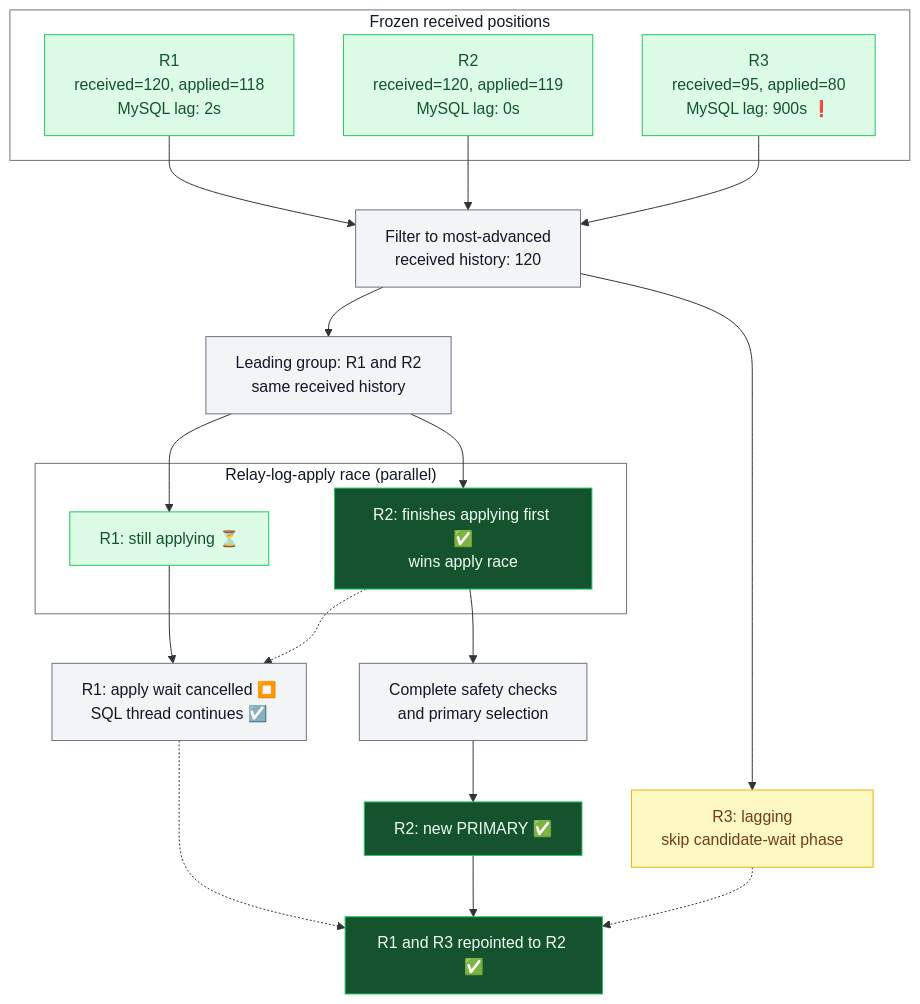
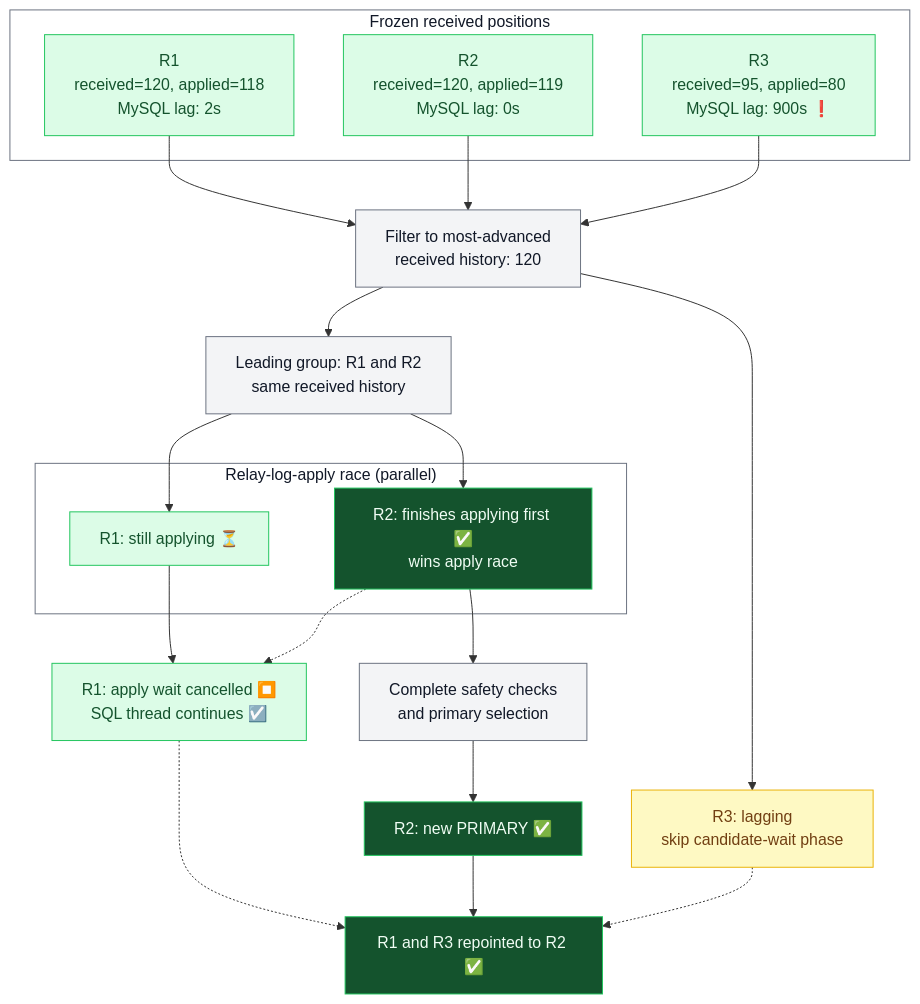
Before and after one commit to vitessio/website: the third of 3 diagrams in content/en/blog/2026-09-24-hardening-emergency-reparent-shard.md, drawn with Mermaid.

Commit message:
Style cancelled apply wait as healthy

````diff
--- a/content/en/blog/2026-09-24-hardening-emergency-reparent-shard.md
+++ b/content/en/blog/2026-09-24-hardening-emergency-reparent-shard.md
@@ -102,39 +102,39 @@
 ```mermaid
 graph TD
     subgraph Positions["Frozen received positions"]
         R1["R1<br/>received=120, applied=118<br/>MySQL lag: 2s"]
         R2["R2<br/>received=120, applied=119<br/>MySQL lag: 0s"]
         R3["R3<br/>received=95, applied=80<br/>MySQL lag: 900s ❗"]
     end
 
     R1 --> Filter["Filter to most-advanced<br/>received history: 120"]
     R2 --> Filter
     R3 --> Filter
     Filter --> Leading["Leading group: R1 and R2<br/>same received history"]
     Filter --> Skipped["R3: lagging<br/>skip candidate-wait phase"]
 
     Leading --> ApplyR1
     Leading --> ApplyR2
     subgraph Race["Relay-log-apply race (parallel)"]
         ApplyR1["R1: still applying ⏳"]
         ApplyR2["R2: finishes applying first ✅<br/>wins apply race"]
     end
 
     ApplyR1 --> Cancelled["R1: apply wait cancelled ⏹️<br/>SQL thread continues ☑️"]
     ApplyR2 -.-> Cancelled
     ApplyR2 --> Checks["Complete safety checks<br/>and primary selection"]
     Checks --> Primary["R2: new PRIMARY ✅"]
     Primary --> Repoint["R1 and R3 repointed to R2 ✅"]
     Cancelled -.-> Repoint
     Skipped -.-> Repoint
 
     classDef default fill:#f3f4f6,stroke:#6b7280,color:#111827
     classDef healthy fill:#dcfce7,stroke:#22c55e,color:#14532d
     classDef warning fill:#fef9c3,stroke:#eab308,color:#713f12
     classDef completed fill:#14532d,stroke:#22c55e,color:#f0fdf4
-    class R1,R2,R3,ApplyR1 healthy
+    class R1,R2,R3,ApplyR1,Cancelled healthy
     class Skipped warning
     class ApplyR2,Primary,Repoint completed
     style Positions fill:#ffffff,stroke:#6b7280,color:#111827
     style Race fill:#ffffff,stroke:#6b7280,color:#111827
 ```
````
